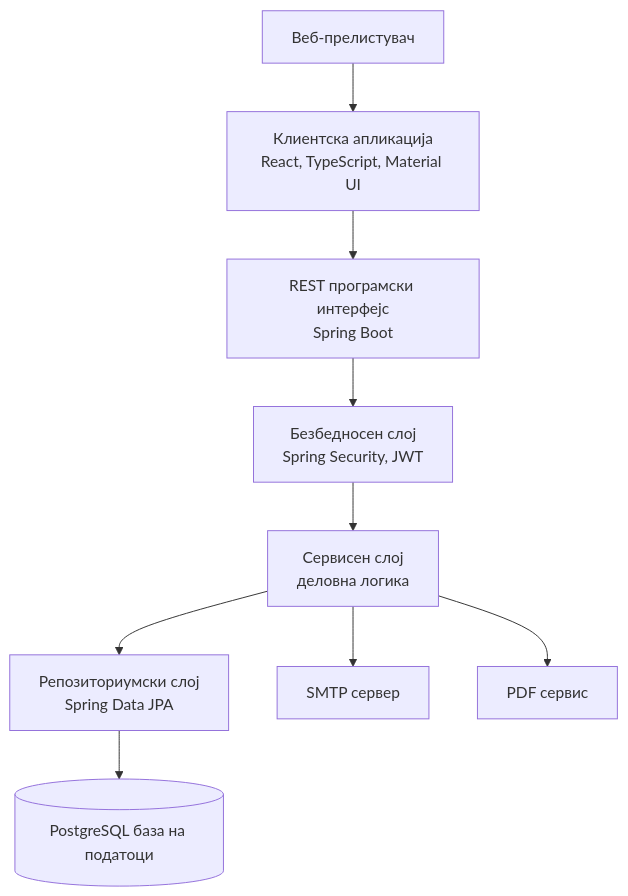
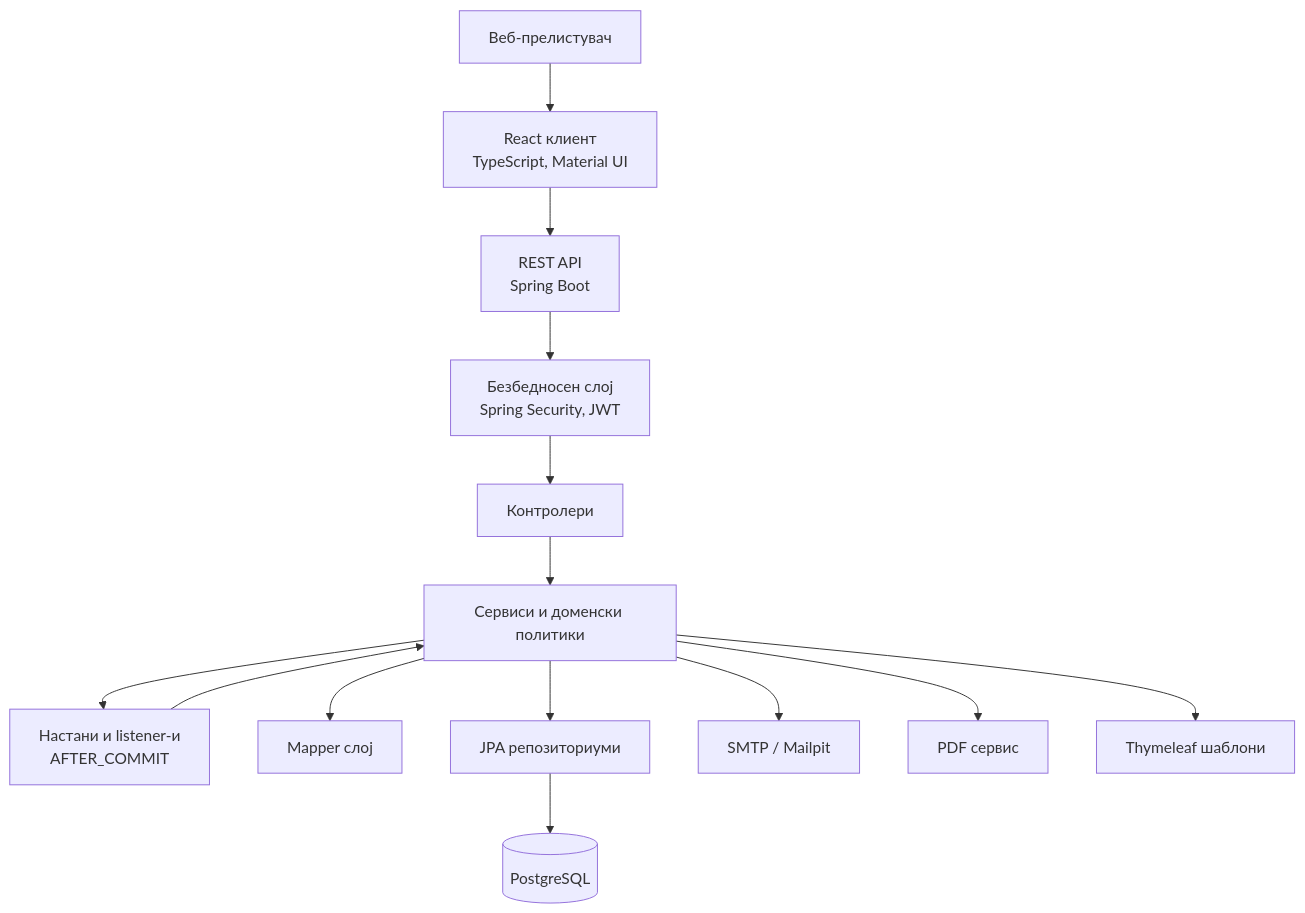
The first of 6 diagrams in docs/sds_mk.md (delenikov/car-care), drawn with Mermaid before and after one commit. The commit also changed other lines of this file and 36 other files, not shown here.

````diff
--- a/docs/sds_mk.md
+++ b/docs/sds_mk.md
@@ -87,21 +101,30 @@
 ```mermaid
 flowchart TB
   Browser["Веб-прелистувач"]
-  Frontend["Клиентска апликација<br>React, TypeScript, Material UI"]
-  Api["REST програмски интерфејс<br>Spring Boot"]
+  Frontend["React клиент<br>TypeScript, Material UI"]
+  Api["REST API<br>Spring Boot"]
   Security["Безбедносен слој<br>Spring Security, JWT"]
-  Service["Сервисен слој<br>деловна логика"]
-  Repository["Репозиториумски слој<br>Spring Data JPA"]
-  Database[("PostgreSQL база на податоци")]
-  Mail["SMTP сервер"]
+  Controllers["Контролери"]
+  Services["Сервиси и доменски политики"]
+  Events["Настани и listener-и<br>AFTER_COMMIT"]
+  Mappers["Mapper слој"]
+  Repositories["JPA репозиториуми"]
+  DB[("PostgreSQL")]
+  Mail["SMTP / Mailpit"]
   Pdf["PDF сервис"]
+  Templates["Thymeleaf шаблони"]
 
   Browser --> Frontend
   Frontend --> Api
   Api --> Security
-  Security --> Service
-  Service --> Repository
-  Repository --> Database
-  Service --> Mail
-  Service --> Pdf
+  Security --> Controllers
+  Controllers --> Services
+  Services --> Mappers
+  Services --> Repositories
+  Repositories --> DB
+  Services --> Events
+  Events --> Services
+  Services --> Mail
+  Services --> Pdf
+  Services --> Templates
 ```
````
